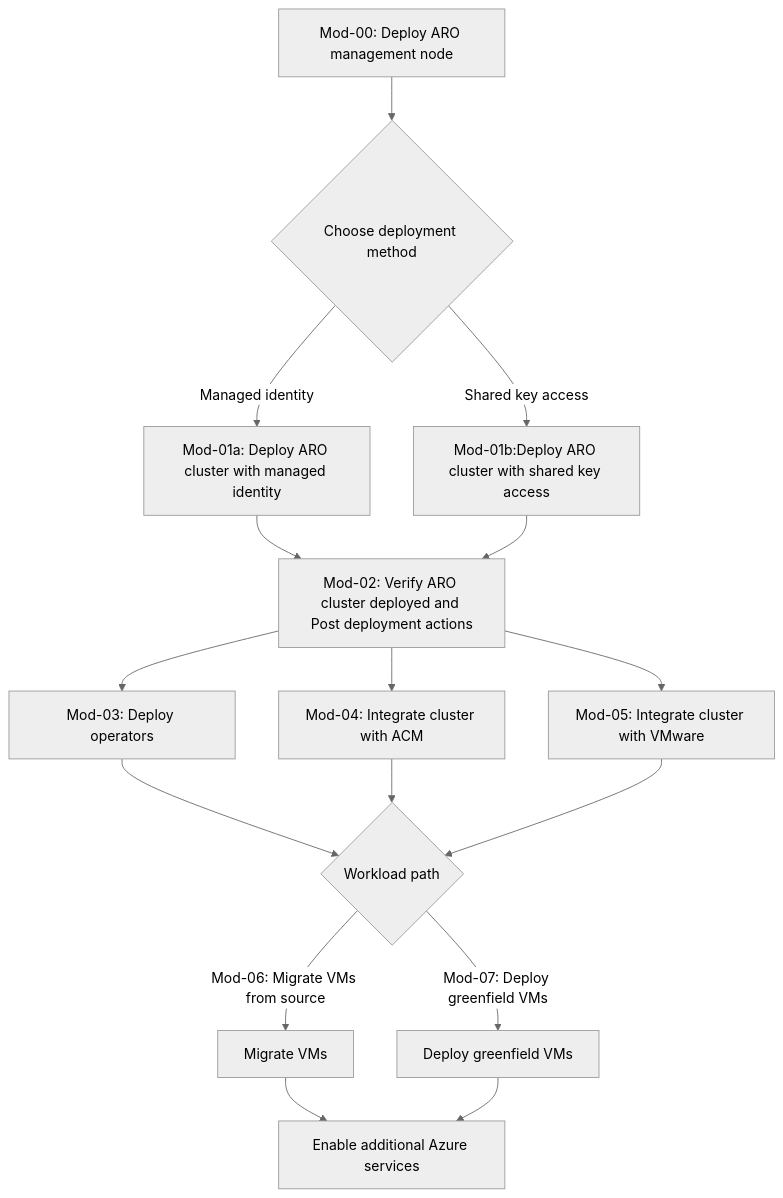
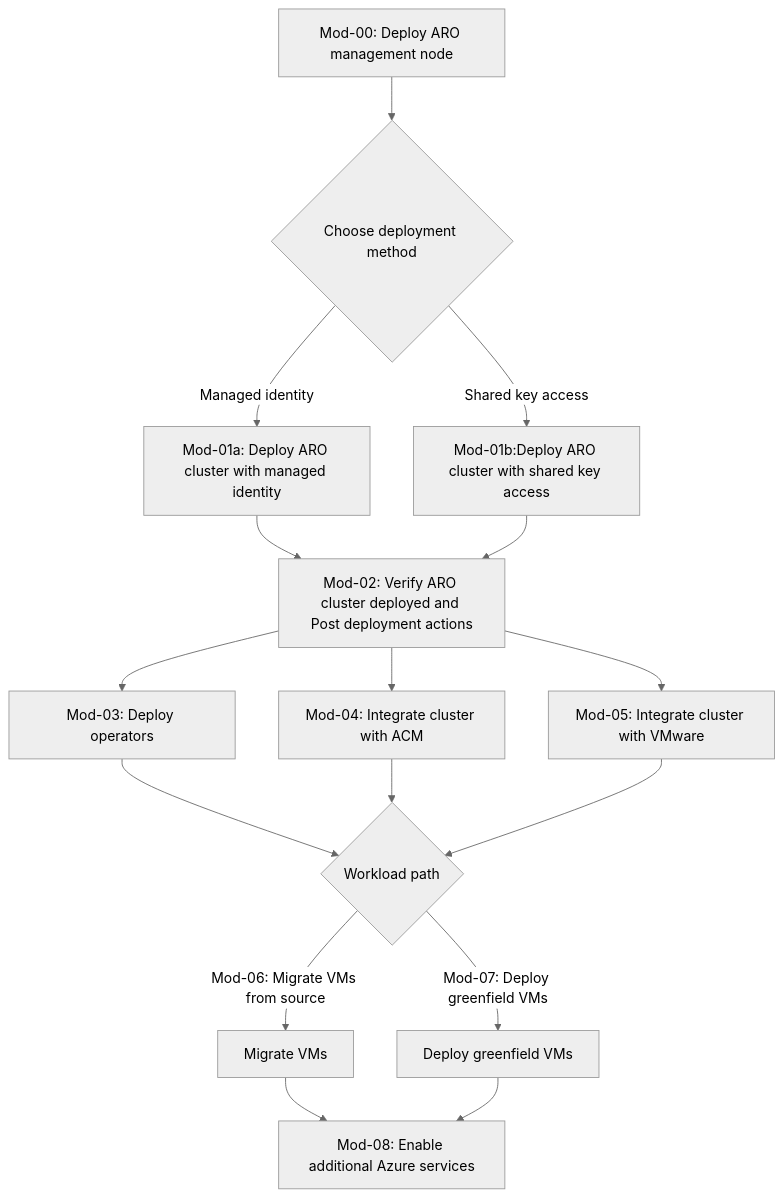
The diagram in README.md (heisthesisko/Azure_RedHat_OpenShift_Virtualization), drawn with Mermaid (neutral theme) before and after one commit.

Commit message:
fix: add module reference to enable additional Azure services in flowchart

````diff
--- a/README.md
+++ b/README.md
@@ -12,26 +12,26 @@
 ```mermaid
 flowchart
  A[Mod-00: Deploy ARO management node] --> B{Choose deployment method}
 
   B -->|Managed identity| C[Mod-01a: Deploy ARO cluster with managed identity]
   B -->|Shared key access| D[Mod-01b:Deploy ARO cluster with shared key access]
 
   C --> E[Mod-02: Verify ARO cluster deployed and Post deployment actions]
   D --> E
 
   %% Post-deploy actions (can be done in parallel)
   E --> F[Mod-03: Deploy operators]
   E --> G[Mod-04: Integrate cluster with ACM]
   E --> H[Mod-05: Integrate cluster with VMware]
 
   %% Workload path after post-deploy setup
   F --> I{Workload path}
   G --> I
   H --> I
 
   I -->|Mod-06: Migrate VMs from source| J[Migrate VMs]
   I -->|Mod-07: Deploy greenfield VMs| K[Deploy greenfield VMs]
   %% Final step for both paths
-  J --> L[Enable additional Azure services]
+  J --> L[Mod-08: Enable additional Azure services]
   K --> L
 ```
````
